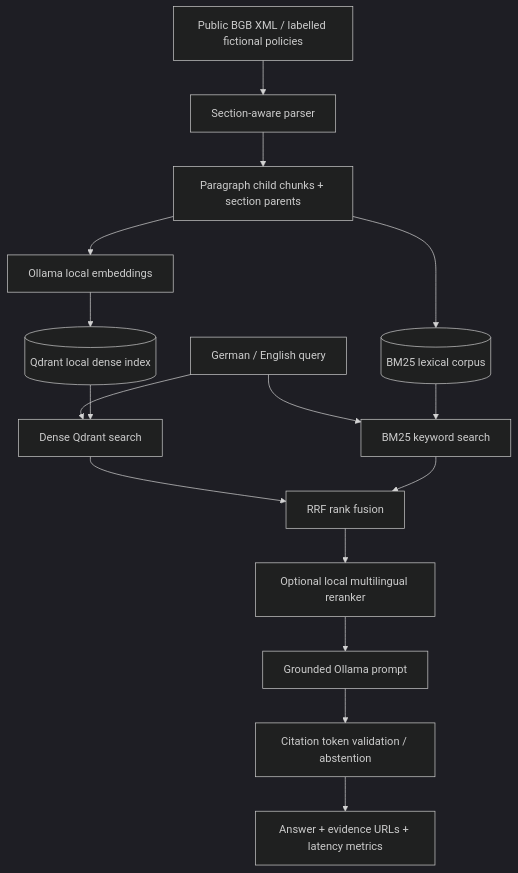
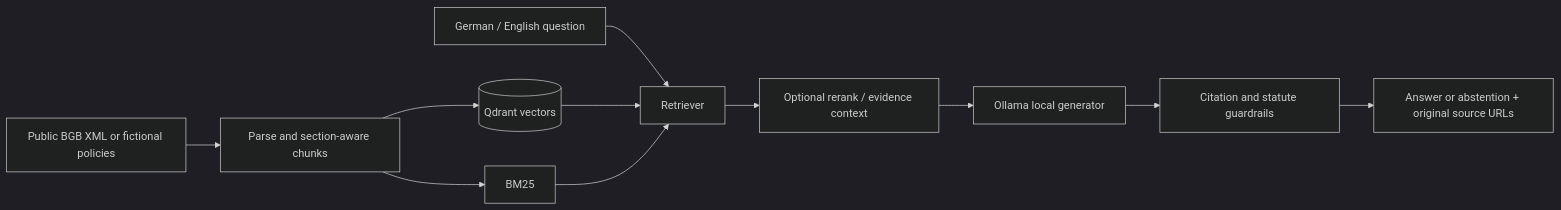
The diagram in README.md (somosing/german-legal-rag), drawn with Mermaid (dark theme) before and after one commit. The commit also changed other lines of this file and 6 other files, not shown here.

````diff
--- a/README.md
+++ b/README.md
@@ -23,18 +77,13 @@
 ```mermaid
-flowchart TD
-    X[Public BGB XML / labelled fictional policies] --> P[Section-aware parser]
-    P --> C[Paragraph child chunks + section parents]
-    C --> E[Ollama local embeddings]
-    E --> Q[(Qdrant local dense index)]
-    C --> B[(BM25 lexical corpus)]
-    U[German / English query] --> D[Dense Qdrant search]
-    U --> K[BM25 keyword search]
-    Q --> D
-    B --> K
-    D --> F[RRF rank fusion]
-    K --> F
-    F --> R[Optional local multilingual reranker]
-    R --> G[Grounded Ollama prompt]
-    G --> V[Citation token validation / abstention]
-    V --> O[Answer + evidence URLs + latency metrics]
+flowchart LR
+  D[Public BGB XML or fictional policies] --> P[Parse and section-aware chunks]
+  P --> V[(Qdrant vectors)]
+  P --> B[BM25]
+  Q[German / English question] --> R[Retriever]
+  V --> R
+  B --> R
+  R --> F[Optional rerank / evidence context]
+  F --> L[Ollama local generator]
+  L --> C[Citation and statute guardrails]
+  C --> A[Answer or abstention + original source URLs]
 ```
````
